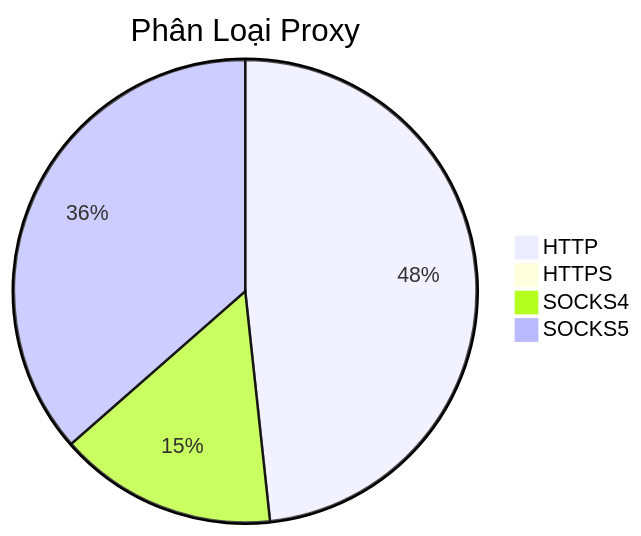
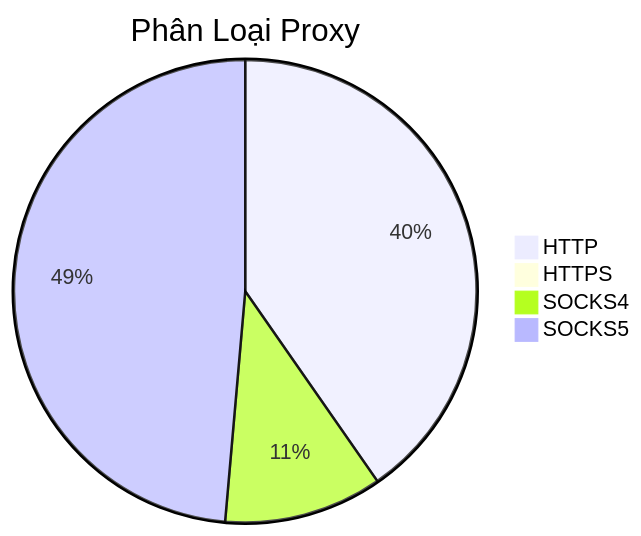
Before and after one commit to Ciara-12/PROXY-free: the diagram in README.md, drawn with Mermaid. The commit also changed other lines of this file and 3 other files, not shown here.

````diff
--- a/README.md
+++ b/README.md
@@ -26,7 +26,7 @@
 ```mermaid
 pie title Phân Loại Proxy
-    "HTTP" : 1045
+    "HTTP" : 915
     "HTTPS" : 1
-    "SOCKS4" : 330
-    "SOCKS5" : 789
+    "SOCKS4" : 251
+    "SOCKS5" : 1103
 ```
````
